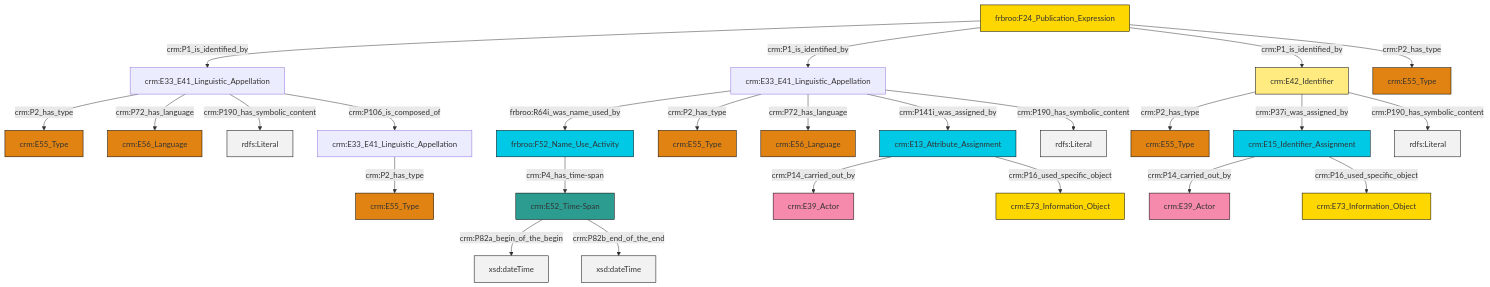
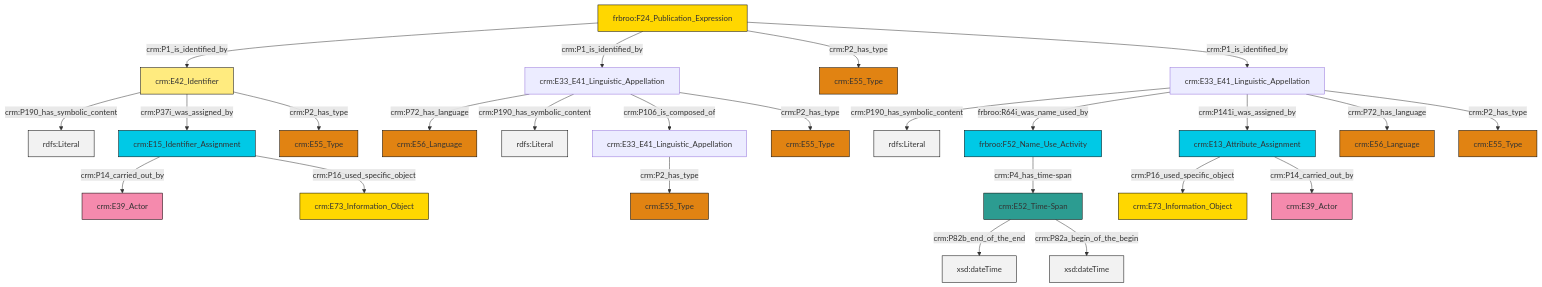
Before and after one commit to swiss-art-research-net/reference-data-models: the diagram in et/biblioCSV/ttl/mmd/biblio_name.ttl.mmd, drawn with Mermaid. The commit also changed 127 other files, not shown here.

```diff
--- a/et/biblioCSV/ttl/mmd/biblio_name.ttl.mmd
+++ b/et/biblioCSV/ttl/mmd/biblio_name.ttl.mmd
@@ -1,39 +1,39 @@
 graph TD
 classDef Literal fill:#f2f2f2,stroke:#000000;
 classDef CRM_Entity fill:#FFFFFF,stroke:#000000;
 classDef Temporal_Entity fill:#00C9E6, stroke:#000000;
 classDef Type fill:#E18312, stroke:#000000;
 classDef Time-Span fill:#2C9C91, stroke:#000000;
 classDef Appellation fill:#FFEB7F, stroke:#000000;
 classDef Place fill:#008836, stroke:#000000;
 classDef Persistent_Item fill:#B266B2, stroke:#000000;
 classDef Conceptual_Object fill:#FFD700, stroke:#000000;
 classDef Physical_Thing fill:#D2B48C, stroke:#000000;
 classDef Actor fill:#f58aad, stroke:#000000;
 classDef PC_Classes fill:#4ce600, stroke:#000000;
 classDef Multi fill:#cccccc,stroke:#000000;
 
-0["crm:E33_E41_Linguistic_Appellation"]:::Default -->|crm:P2_has_type| 1["crm:E55_Type"]:::Type
-2["crm:E13_Attribute_Assignment"]:::Temporal_Entity -->|crm:P14_carried_out_by| 3["crm:E39_Actor"]:::Actor
-8["crm:E33_E41_Linguistic_Appellation"]:::Default -->|frbroo:R64i_was_name_used_by| 9["frbroo:F52_Name_Use_Activity"]:::Temporal_Entity
-10["crm:E33_E41_Linguistic_Appellation"]:::Default -->|crm:P2_has_type| 11["crm:E55_Type"]:::Type
-12["crm:E15_Identifier_Assignment"]:::Temporal_Entity -->|crm:P14_carried_out_by| 14["crm:E39_Actor"]:::Actor
-6["crm:E42_Identifier"]:::Appellation -->|crm:P2_has_type| 18["crm:E55_Type"]:::Type
-6["crm:E42_Identifier"]:::Appellation -->|crm:P37i_was_assigned_by| 12["crm:E15_Identifier_Assignment"]:::Temporal_Entity
-0["crm:E33_E41_Linguistic_Appellation"]:::Default -->|crm:P72_has_language| 24["crm:E56_Language"]:::Type
-25["frbroo:F24_Publication_Expression"]:::Conceptual_Object -->|crm:P1_is_identified_by| 0["crm:E33_E41_Linguistic_Appellation"]:::Default
-8["crm:E33_E41_Linguistic_Appellation"]:::Default -->|crm:P2_has_type| 16["crm:E55_Type"]:::Type
-25["frbroo:F24_Publication_Expression"]:::Conceptual_Object -->|crm:P1_is_identified_by| 8["crm:E33_E41_Linguistic_Appellation"]:::Default
-27["crm:E52_Time-Span"]:::Time-Span -->|crm:P82a_begin_of_the_begin| 28[xsd:dateTime]:::Literal
-6["crm:E42_Identifier"]:::Appellation -->|crm:P190_has_symbolic_content| 33[rdfs:Literal]:::Literal
-8["crm:E33_E41_Linguistic_Appellation"]:::Default -->|crm:P72_has_language| 29["crm:E56_Language"]:::Type
-0["crm:E33_E41_Linguistic_Appellation"]:::Default -->|crm:P190_has_symbolic_content| 35[rdfs:Literal]:::Literal
-25["frbroo:F24_Publication_Expression"]:::Conceptual_Object -->|crm:P1_is_identified_by| 6["crm:E42_Identifier"]:::Appellation
-25["frbroo:F24_Publication_Expression"]:::Conceptual_Object -->|crm:P2_has_type| 36["crm:E55_Type"]:::Type
-8["crm:E33_E41_Linguistic_Appellation"]:::Default -->|crm:P141i_was_assigned_by| 2["crm:E13_Attribute_Assignment"]:::Temporal_Entity
-2["crm:E13_Attribute_Assignment"]:::Temporal_Entity -->|crm:P16_used_specific_object| 22["crm:E73_Information_Object"]:::Conceptual_Object
-8["crm:E33_E41_Linguistic_Appellation"]:::Default -->|crm:P190_has_symbolic_content| 40[rdfs:Literal]:::Literal
-0["crm:E33_E41_Linguistic_Appellation"]:::Default -->|crm:P106_is_composed_of| 10["crm:E33_E41_Linguistic_Appellation"]:::Default
-27["crm:E52_Time-Span"]:::Time-Span -->|crm:P82b_end_of_the_end| 44[xsd:dateTime]:::Literal
-9["frbroo:F52_Name_Use_Activity"]:::Temporal_Entity -->|crm:P4_has_time-span| 27["crm:E52_Time-Span"]:::Time-Span
-12["crm:E15_Identifier_Assignment"]:::Temporal_Entity -->|crm:P16_used_specific_object| 42["crm:E73_Information_Object"]:::Conceptual_Object
+4["crm:E13_Attribute_Assignment"]:::Temporal_Entity -->|crm:P16_used_specific_object| 5["crm:E73_Information_Object"]:::Conceptual_Object
+6["crm:E15_Identifier_Assignment"]:::Temporal_Entity -->|crm:P14_carried_out_by| 7["crm:E39_Actor"]:::Actor
+6["crm:E15_Identifier_Assignment"]:::Temporal_Entity -->|crm:P16_used_specific_object| 8["crm:E73_Information_Object"]:::Conceptual_Object
+11["crm:E52_Time-Span"]:::Time-Span -->|crm:P82b_end_of_the_end| 12[xsd:dateTime]:::Literal
+13["crm:E42_Identifier"]:::Appellation -->|crm:P190_has_symbolic_content| 14[rdfs:Literal]:::Literal
+0["crm:E33_E41_Linguistic_Appellation"]:::Default -->|crm:P72_has_language| 15["crm:E56_Language"]:::Type
+0["crm:E33_E41_Linguistic_Appellation"]:::Default -->|crm:P190_has_symbolic_content| 16[rdfs:Literal]:::Literal
+17["frbroo:F24_Publication_Expression"]:::Conceptual_Object -->|crm:P1_is_identified_by| 13["crm:E42_Identifier"]:::Appellation
+21["crm:E33_E41_Linguistic_Appellation"]:::Default -->|crm:P190_has_symbolic_content| 22[rdfs:Literal]:::Literal
+17["frbroo:F24_Publication_Expression"]:::Conceptual_Object -->|crm:P1_is_identified_by| 0["crm:E33_E41_Linguistic_Appellation"]:::Default
+0["crm:E33_E41_Linguistic_Appellation"]:::Default -->|crm:P106_is_composed_of| 18["crm:E33_E41_Linguistic_Appellation"]:::Default
+21["crm:E33_E41_Linguistic_Appellation"]:::Default -->|frbroo:R64i_was_name_used_by| 27["frbroo:F52_Name_Use_Activity"]:::Temporal_Entity
+21["crm:E33_E41_Linguistic_Appellation"]:::Default -->|crm:P141i_was_assigned_by| 4["crm:E13_Attribute_Assignment"]:::Temporal_Entity
+27["frbroo:F52_Name_Use_Activity"]:::Temporal_Entity -->|crm:P4_has_time-span| 11["crm:E52_Time-Span"]:::Time-Span
+11["crm:E52_Time-Span"]:::Time-Span -->|crm:P82a_begin_of_the_begin| 36[xsd:dateTime]:::Literal
+18["crm:E33_E41_Linguistic_Appellation"]:::Default -->|crm:P2_has_type| 38["crm:E55_Type"]:::Type
+17["frbroo:F24_Publication_Expression"]:::Conceptual_Object -->|crm:P2_has_type| 39["crm:E55_Type"]:::Type
+21["crm:E33_E41_Linguistic_Appellation"]:::Default -->|crm:P72_has_language| 9["crm:E56_Language"]:::Type
+17["frbroo:F24_Publication_Expression"]:::Conceptual_Object -->|crm:P1_is_identified_by| 21["crm:E33_E41_Linguistic_Appellation"]:::Default
+21["crm:E33_E41_Linguistic_Appellation"]:::Default -->|crm:P2_has_type| 40["crm:E55_Type"]:::Type
+13["crm:E42_Identifier"]:::Appellation -->|crm:P37i_was_assigned_by| 6["crm:E15_Identifier_Assignment"]:::Temporal_Entity
+13["crm:E42_Identifier"]:::Appellation -->|crm:P2_has_type| 32["crm:E55_Type"]:::Type
+0["crm:E33_E41_Linguistic_Appellation"]:::Default -->|crm:P2_has_type| 24["crm:E55_Type"]:::Type
+4["crm:E13_Attribute_Assignment"]:::Temporal_Entity -->|crm:P14_carried_out_by| 2["crm:E39_Actor"]:::Actor
```
